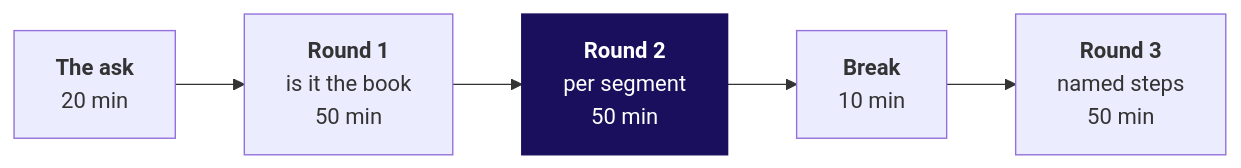
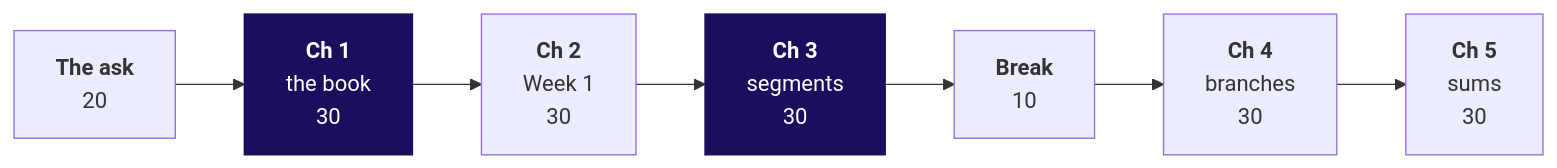
The first of 2 diagrams in content/W02/D1/trainer/C2_W02_D01_day_sheet_TRAINER.md (fde-academy-lab/c2-content-factory), drawn with Mermaid before and after one commit. The commit also changed other lines of this file, not shown here.

````diff
--- a/content/W02/D1/trainer/C2_W02_D01_day_sheet_TRAINER.md
+++ b/content/W02/D1/trainer/C2_W02_D01_day_sheet_TRAINER.md
@@ -33,6 +72,6 @@
 ```mermaid
 flowchart LR
-    A["<b>The ask</b><br/>20 min"] --> R1["<b>Round 1</b><br/>is it the book<br/>50 min"] --> R2["<b>Round 2</b><br/>per segment<br/>50 min"] --> B["<b>Break</b><br/>10 min"] --> R3["<b>Round 3</b><br/>named steps<br/>50 min"]
+    A["<b>The ask</b><br/>20"] --> C1["<b>Ch 1</b><br/>the book<br/>30"] --> C2["<b>Ch 2</b><br/>Week 1<br/>30"] --> C3["<b>Ch 3</b><br/>segments<br/>30"] --> B["<b>Break</b><br/>10"] --> C4["<b>Ch 4</b><br/>branches<br/>30"] --> C5["<b>Ch 5</b><br/>sums<br/>30"]
     classDef core fill:#1A0F5C,stroke:#1A0F5C,color:#FFFFFF
-    class R2 core
+    class C1,C3 core
 ```
````
